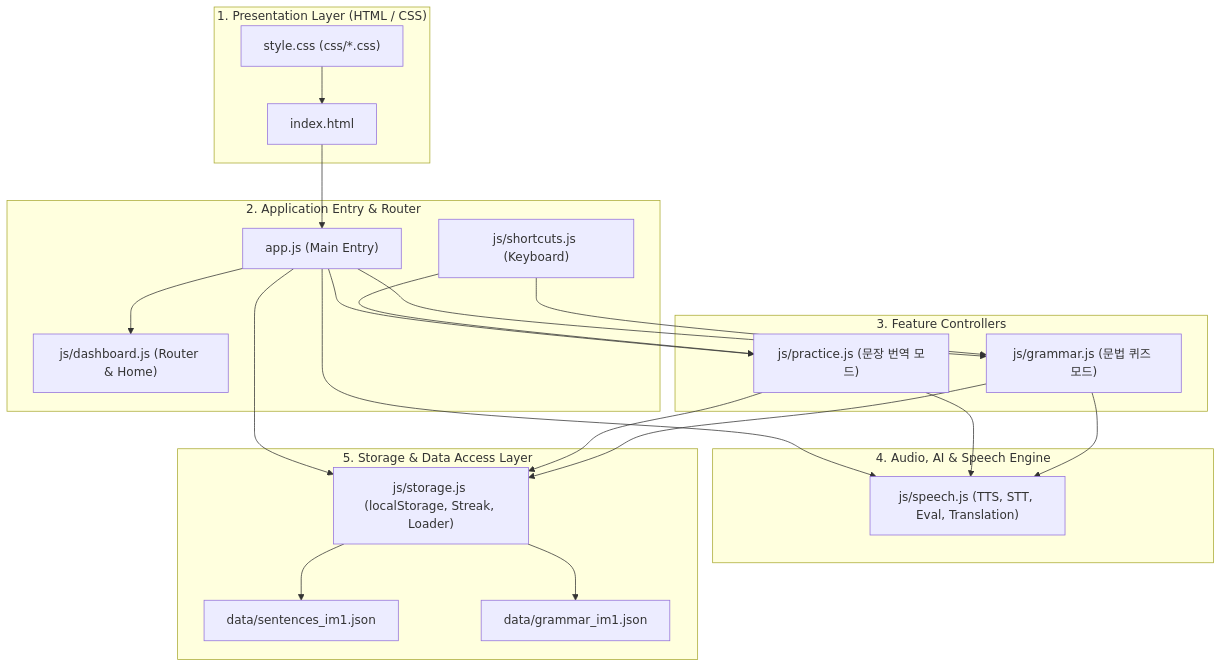
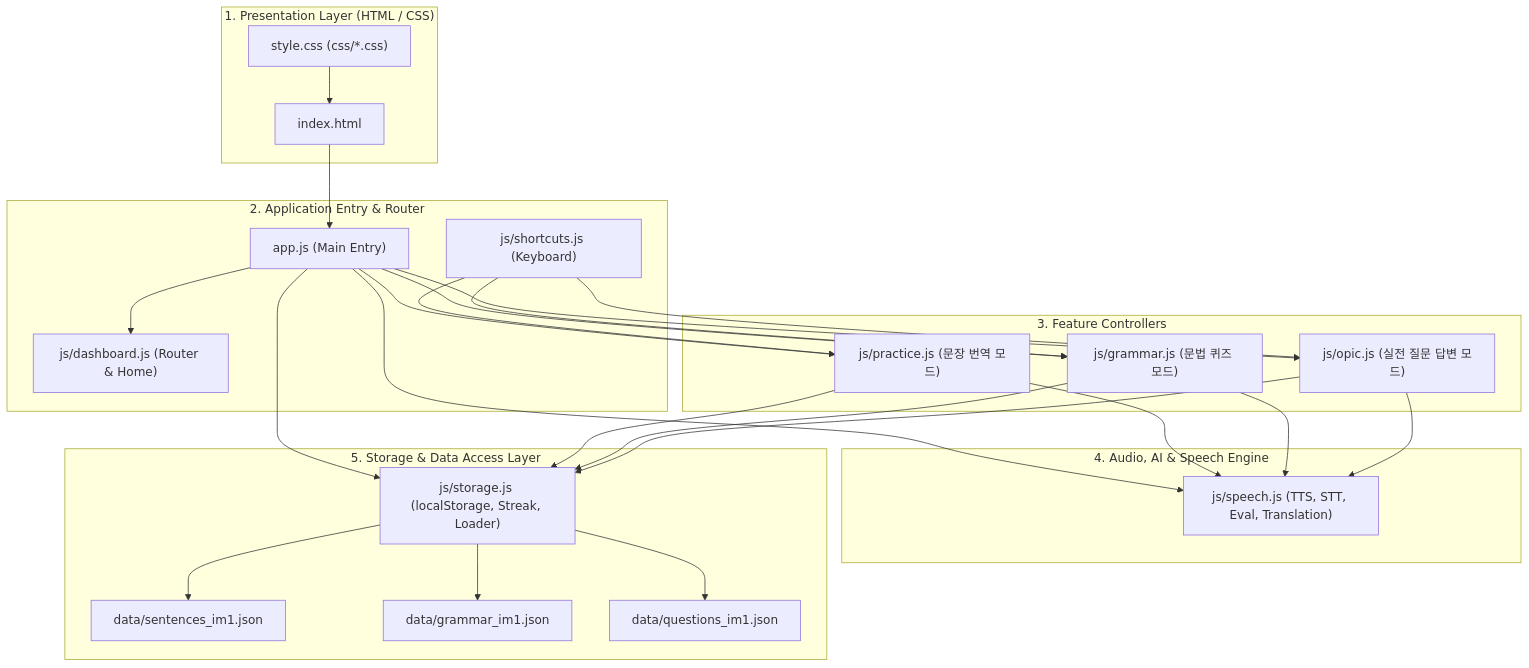
The diagram in CODEMAP.md (mate12321-cyber/Opic), drawn with Mermaid before and after one commit. The commit also changed other lines of this file and 9 other files, not shown here.

````diff
--- a/CODEMAP.md
+++ b/CODEMAP.md
@@ -40,44 +43,51 @@
 ```mermaid
 graph TD
     subgraph View ["1. Presentation Layer (HTML / CSS)"]
         HTML["index.html"]
         CSS["style.css (css/*.css)"]
     end
 
     subgraph Core ["2. Application Entry & Router"]
         APP["app.js (Main Entry)"]
         DASH["js/dashboard.js (Router & Home)"]
         SHORT["js/shortcuts.js (Keyboard)"]
     end
 
     subgraph Modes ["3. Feature Controllers"]
         PRAC["js/practice.js (문장 번역 모드)"]
         GRAM["js/grammar.js (문법 퀴즈 모드)"]
+        OPIC["js/opic.js (실전 질문 답변 모드)"]
     end
 
     subgraph Services ["4. Audio, AI & Speech Engine"]
         SPEECH["js/speech.js (TTS, STT, Eval, Translation)"]
     end
 
     subgraph Persistence ["5. Storage & Data Access Layer"]
         STORE["js/storage.js (localStorage, Streak, Loader)"]
         DATA_S["data/sentences_im1.json"]
         DATA_G["data/grammar_im1.json"]
+        DATA_Q["data/questions_im1.json"]
     end
 
     HTML --> APP
     CSS --> HTML
     APP --> STORE
     APP --> SPEECH
     APP --> DASH
     APP --> PRAC
     APP --> GRAM
+    APP --> OPIC
     SHORT --> PRAC
     SHORT --> GRAM
+    SHORT --> OPIC
     PRAC --> SPEECH
     PRAC --> STORE
     GRAM --> SPEECH
     GRAM --> STORE
+    OPIC --> SPEECH
+    OPIC --> STORE
     STORE --> DATA_S
     STORE --> DATA_G
+    STORE --> DATA_Q
 ```
````
